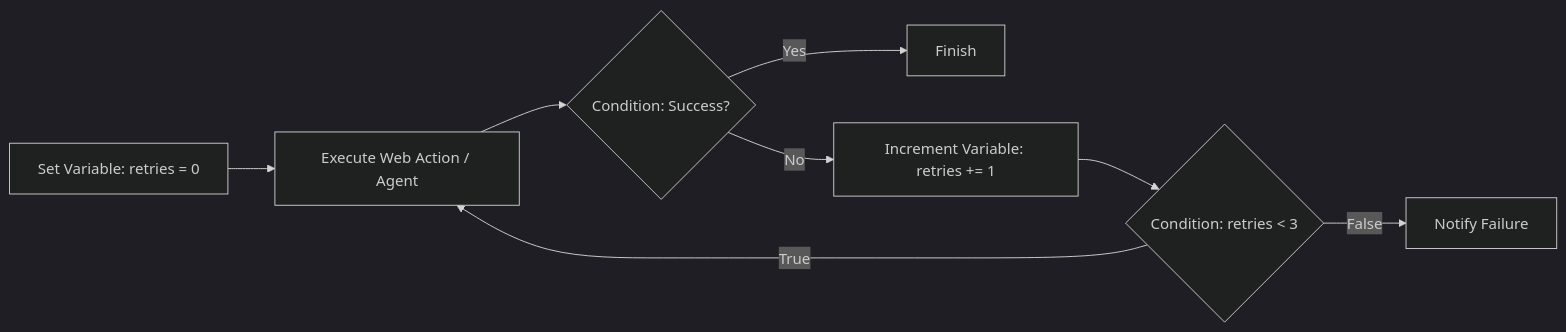
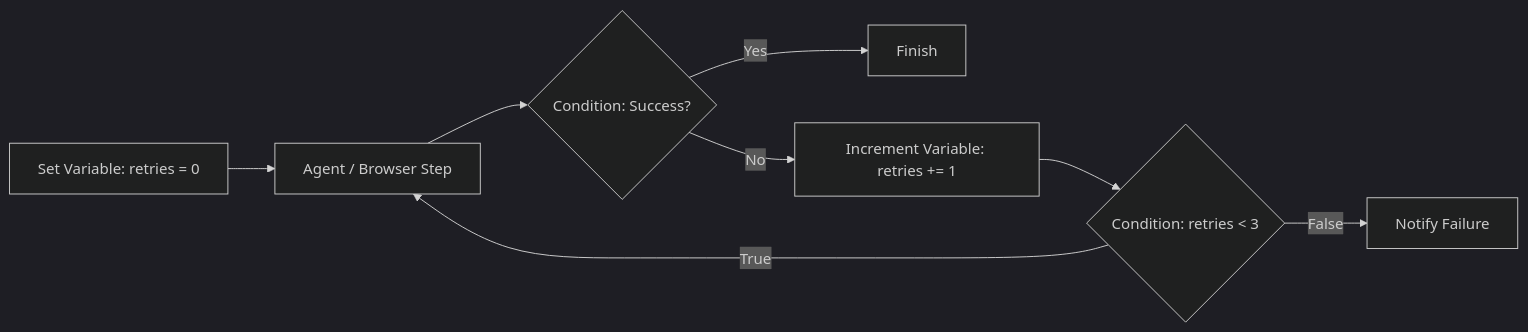
Before and after one commit to farazfaraji/worker-manager: the diagram in backend/doc/tools/variable.md, drawn with Mermaid (dark theme). The commit also changed other lines of this file and 143 other files, not shown here.

````diff
--- a/backend/doc/tools/variable.md
+++ b/backend/doc/tools/variable.md
@@ -106,10 +176,10 @@
 ```mermaid
 graph LR
-    Init[Set Variable: retries = 0] --> Task[Execute Web Action / Agent]
+    Init[Set Variable: retries = 0] --> Task[Agent / Browser Step]
     Task --> Check{Condition: Success?}
     Check -- "Yes" --> Done[Finish]
     Check -- "No" --> Inc[Increment Variable: retries += 1]
-    Inc --> Limit{Condition: retries < 3}
-    Limit -- "True" --> Task
-    Limit -- "False" --> Alert[Notify Failure]
+    Inc --> Guard{Condition: retries < 3}
+    Guard -- "True" --> Task
+    Guard -- "False" --> Fail[Notify Failure]
 ```
````
